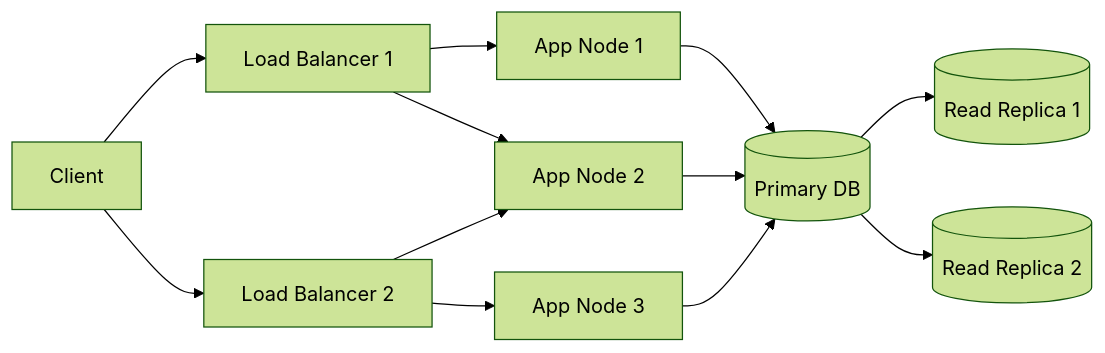
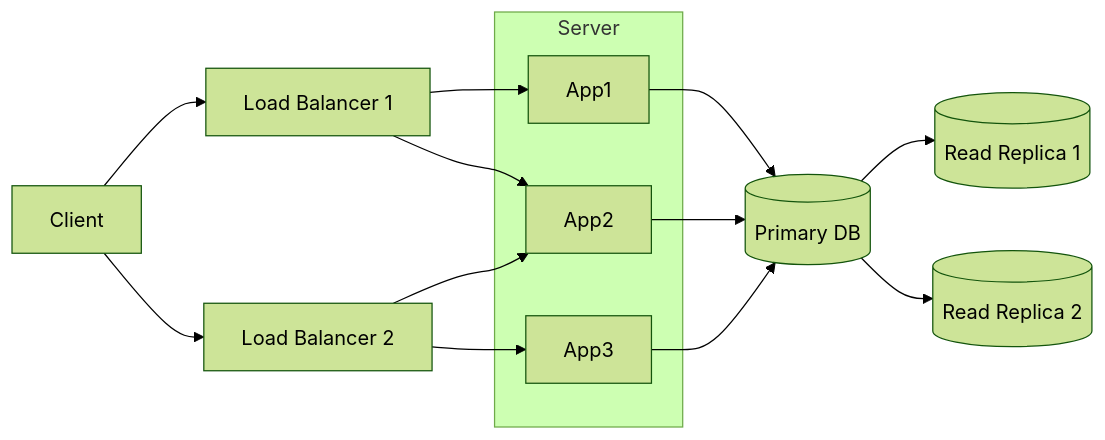
One commit to danishnetp/learning-system-design-concepts changed the third of 3 diagrams in src/main/java/com/system/design/high_level_design/code_concept/design-high-availability-architecture.md. Above: the diagram before and after it, drawn with Mermaid (forest theme).

Commit message:
c&c design high availability.

````diff
--- a/src/main/java/com/system/design/high_level_design/code_concept/design-high-availability-architecture.md
+++ b/src/main/java/com/system/design/high_level_design/code_concept/design-high-availability-architecture.md
@@ -114,17 +114,23 @@
 ```mermaid
 flowchart LR
     C[Client] --> LB1[Load Balancer 1]
     C --> LB2[Load Balancer 2]
 
-    LB1 --> A1[App Node 1]
-    LB1 --> A2[App Node 2]
+    subgraph Server
+        A1[App1]
+        A2[App2]
+        A3[App3]
+    end
+
+    LB1 --> A1
+    LB1 --> A2
     LB2 --> A2
-    LB2 --> A3[App Node 3]
+    LB2 --> A3
 
     A1 --> DBP[(Primary DB)]
     A2 --> DBP
     A3 --> DBP
 
     DBP --> DBR1[(Read Replica 1)]
     DBP --> DBR2[(Read Replica 2)]
 ```
````
